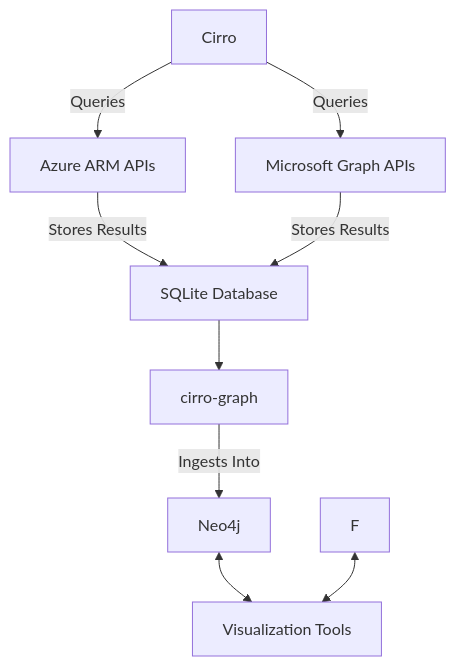
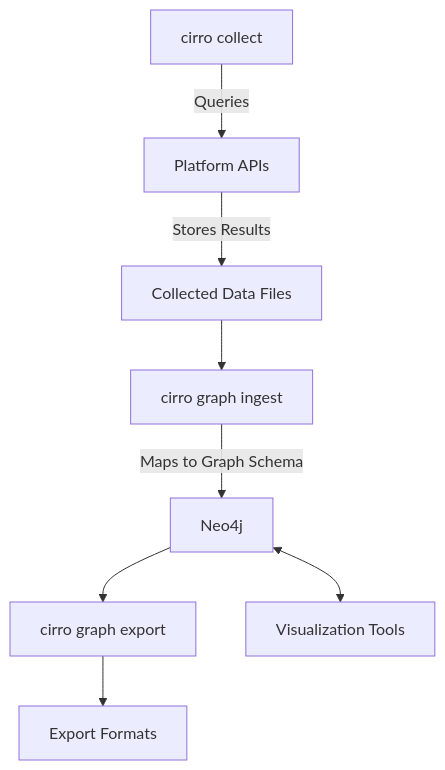
One commit to BishopFox/cirro changed the diagram in docs/architecture.md. Above: the diagram before and after it, drawn with Mermaid. The commit also changed other lines of this file and 28 other files, not shown here.

````diff
--- a/docs/architecture.md
+++ b/docs/architecture.md
@@ -3,16 +3,11 @@
 ```mermaid
 graph TB
-    A[Cirro] -->|Queries| B[Azure ARM APIs]
-    A -->|Queries| C[Microsoft Graph APIs]
-    B -->|Stores Results| D[SQLite Database]
-    C -->|Stores Results| D[SQLite Database]
-    D -->  H[cirro-graph]
-
-    H -->|Ingests Into| E[Neo4j]
-
-    
-
+    A[cirro collect] -->|Queries| B[Platform APIs]
+    B -->|Stores Results| C[Collected Data Files]
+    C --> D[cirro graph ingest]
+    D -->|Maps to Graph Schema| E[Neo4j]
+    E --> F[cirro graph export]
     E <--> G[Visualization Tools]
-    F <--> G
+    F --> H[Export Formats]
 
 ```
````
